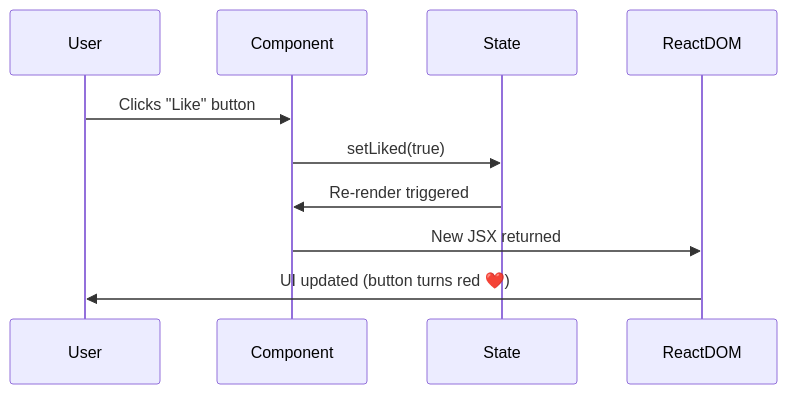
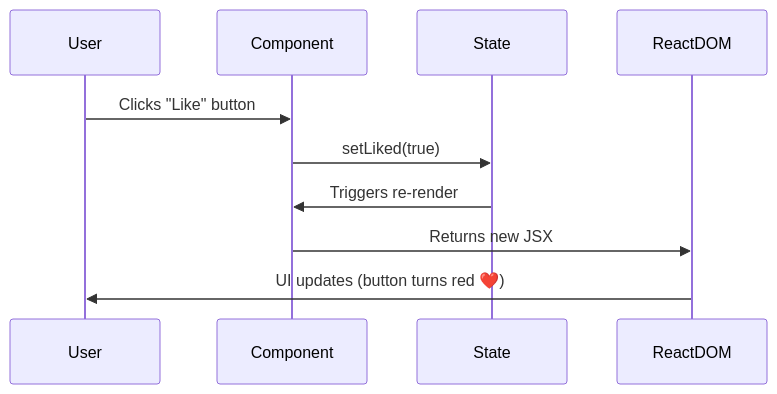
One commit to vaishali86c/React-revision-book changed the second of 21 diagrams in REACT-HOOKS-DEEP-DIVE.md. Above: the diagram before and after it, drawn with Mermaid. The commit also changed other lines of this file, not shown here.

````diff
--- a/REACT-HOOKS-DEEP-DIVE.md
+++ b/REACT-HOOKS-DEEP-DIVE.md
@@ -83,13 +83,13 @@
 ```mermaid
 sequenceDiagram
     participant User
     participant Component
     participant State
     participant ReactDOM
 
     User->>Component: Clicks "Like" button
     Component->>State: setLiked(true)
-    State->>Component: Re-render triggered
-    Component->>ReactDOM: New JSX returned
-    ReactDOM->>User: UI updated (button turns red ❤️)
+    State->>Component: Triggers re-render
+    Component->>ReactDOM: Returns new JSX
+    ReactDOM->>User: UI updates (button turns red ❤️)
 ```
````
